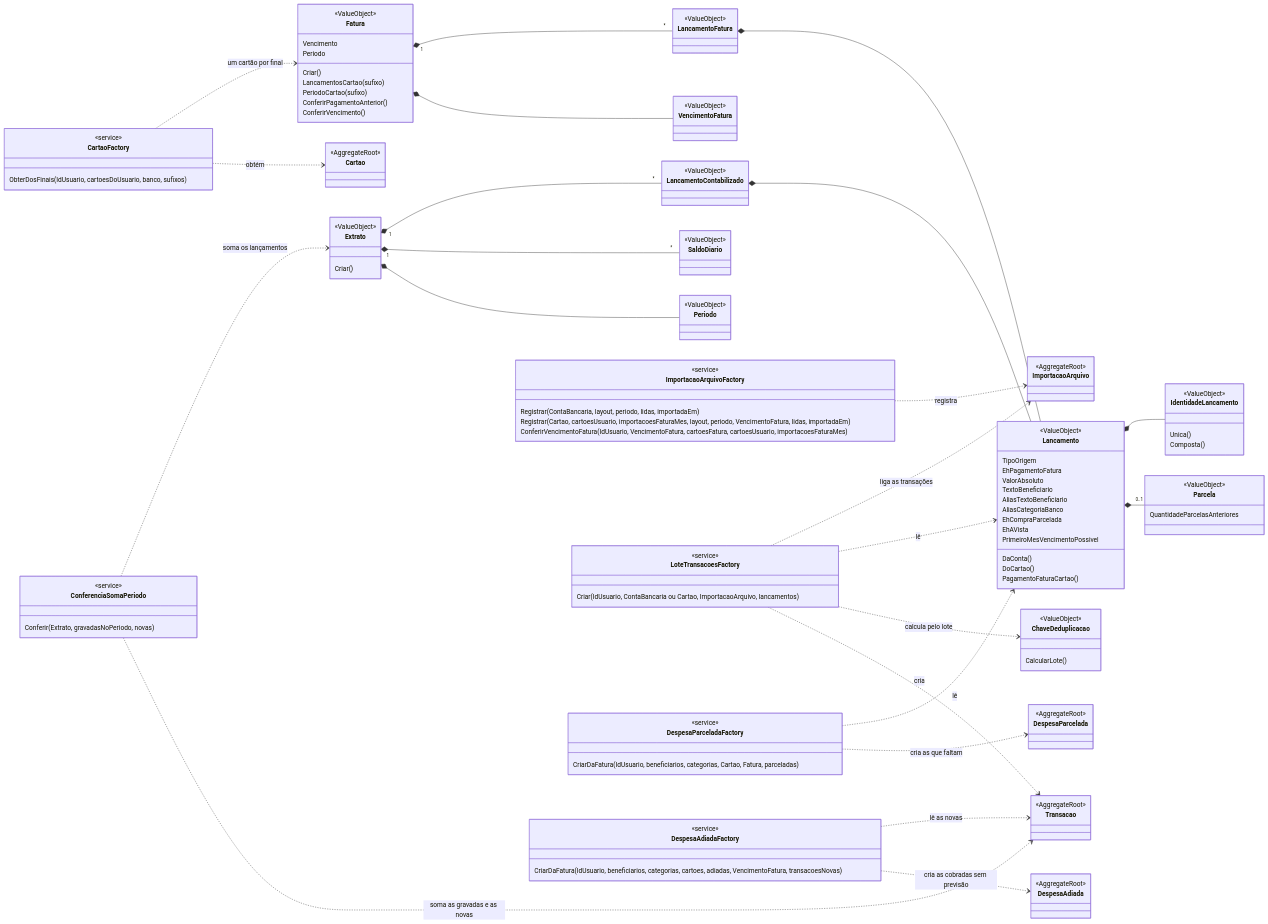
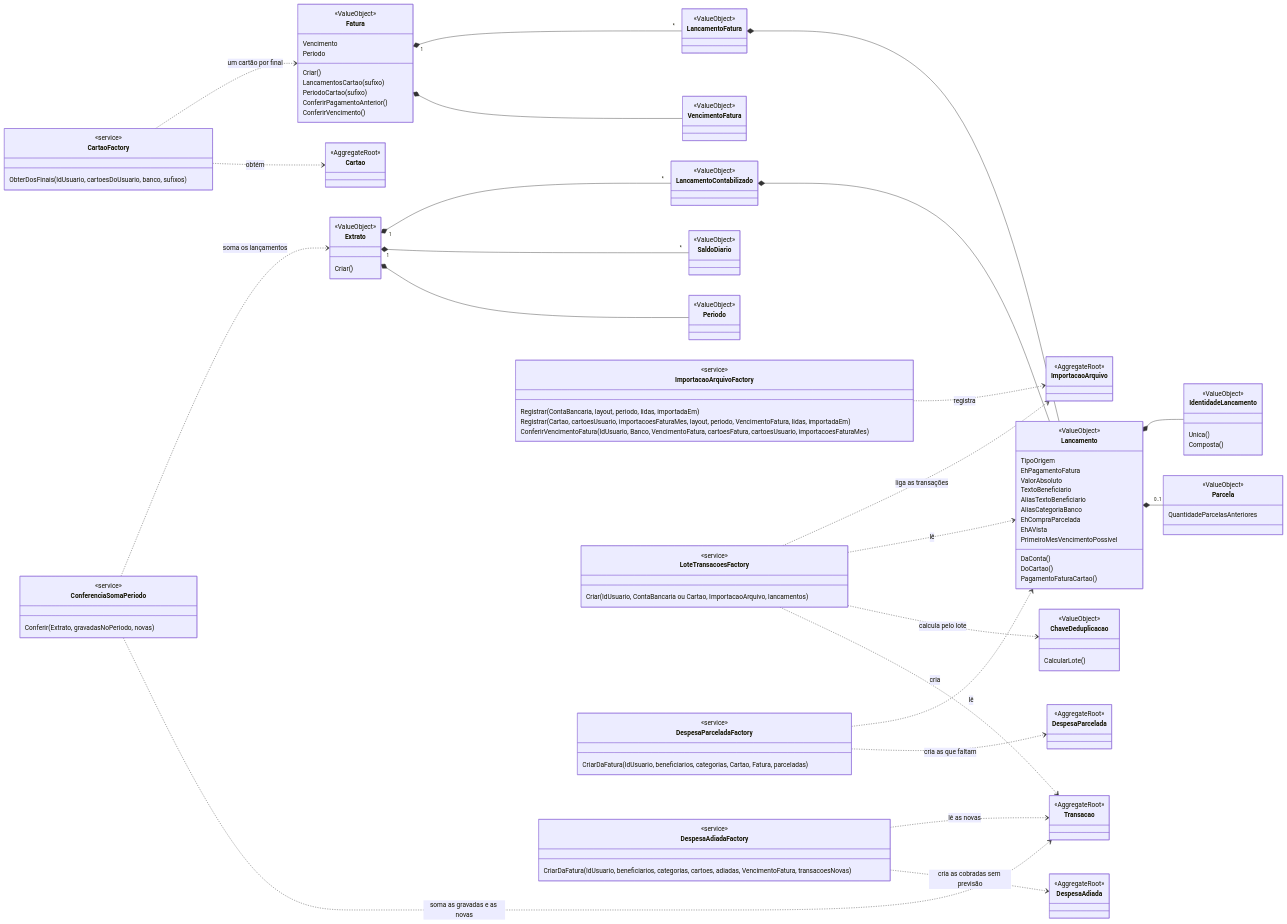
Before and after one commit to humbertosampaio/controle-financeiro: the second of 2 diagrams in docs/modelo-de-dominio.md, drawn with Mermaid. The commit also changed other lines of this file, not shown here.

First line of the commit message:
docs(dominio): Descreve os candidatos a pagamento de fatura

```diff
--- a/docs/modelo-de-dominio.md
+++ b/docs/modelo-de-dominio.md
@@ -413,7 +446,7 @@
         <<service>>
         Registrar(ContaBancaria, layout, periodo, lidas, importadaEm)
         Registrar(Cartao, cartoesUsuario, importacoesFaturaMes, layout, periodo, VencimentoFatura, lidas, importadaEm)
-        ConferirVencimentoFatura(IdUsuario, VencimentoFatura, cartoesFatura, cartoesUsuario, importacoesFaturaMes)
+        ConferirVencimentoFatura(IdUsuario, Banco, VencimentoFatura, cartoesFatura, cartoesUsuario, importacoesFaturaMes)
     }
     class LoteTransacoesFactory {
         <<service>>
```
